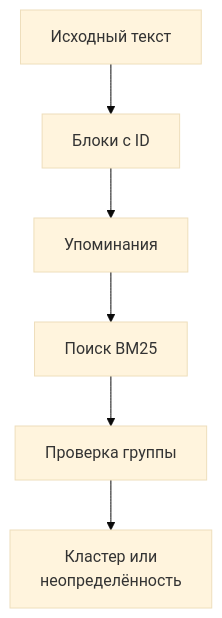
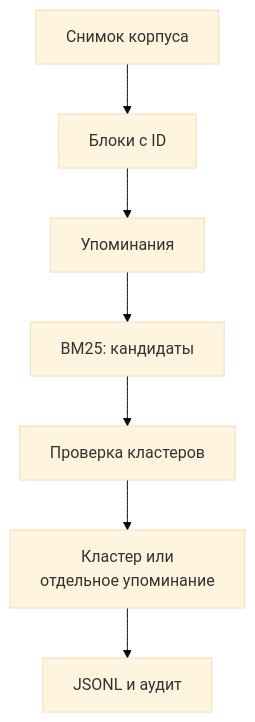
Before and after one commit to egorsvitov/alpha-hackathon-2026: the diagram in llm/event_pipeline/README.md, drawn with Mermaid (base theme). The commit also changed other lines of this file and 23 other files, not shown here.

````diff
--- a/llm/event_pipeline/README.md
+++ b/llm/event_pipeline/README.md
@@ -12,9 +12,10 @@
 ```mermaid
 %%{init: {"flowchart": {"htmlLabels": false}}}%%
 flowchart TD
- A["Исходный текст"] --> B["Блоки с ID"]
+ A["Снимок корпуса"] --> B["Блоки с ID"]
  B --> C["Упоминания"]
- C --> D["Поиск BM25"]
- D --> E["Проверка группы"]
- E --> F["Кластер или<br/>неопределённость"]
+ C --> D["BM25: кандидаты"]
+ D --> E["Проверка кластеров"]
+ E --> F["Кластер или<br/>отдельное упоминание"]
+ F --> G["JSONL и аудит"]
 ```
````
